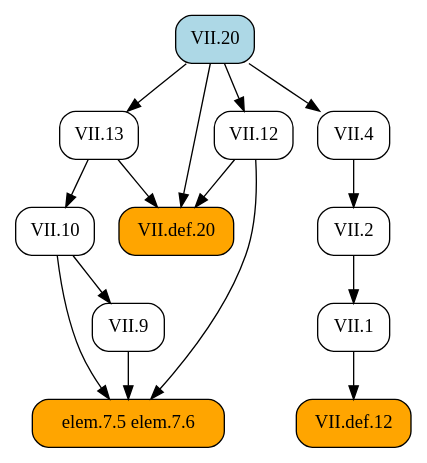
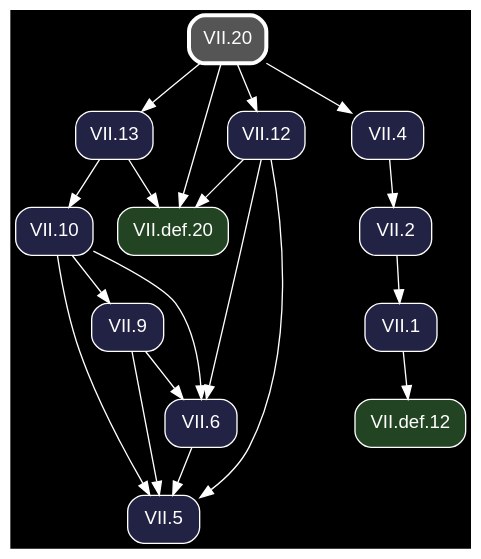
One commit to geometor/elements changed the diagram in docsrc/heath/VII/20/index.rst. Above: the diagram before and after it, drawn with Graphviz. The commit also changed other lines of this file and 1200 other files, not shown here.

Commit message:
update dependency graphs

```diff
--- a/docsrc/heath/VII/20/index.rst
+++ b/docsrc/heath/VII/20/index.rst
@@ -44,31 +44,38 @@
 .. graphviz::
 
    digraph {
+     bgcolor="black";
+     node [shape=box, style="rounded,filled", fontname="Helvetica", color="white", fontcolor="white"];
+     edge [color="white", fontcolor="white"];
      rankdir="TB";
-     node [shape=box, style=rounded];
-     "VII.13" [URL="/heath/VII/13/", target="_top"];
-     "VII.12" [URL="/heath/VII/12/", target="_top"];
-     "VII.4" [URL="/heath/VII/4/", target="_top"];
-     "elem.7.5 elem.7.6" [style="rounded,filled", fillcolor=orange];
-     "VII.def.12" [style="rounded,filled", fillcolor=orange, URL="/heath/VII/def.12/", target="_top"];
-     "VII.9" [URL="/heath/VII/9/", target="_top"];
-     "VII.1" [URL="/heath/VII/1/", target="_top"];
-     "VII.20" [style="rounded,filled", fillcolor=lightblue, URL="/heath/VII/20/", target="_top"];
-     "VII.2" [URL="/heath/VII/2/", target="_top"];
-     "VII.def.20" [style="rounded,filled", fillcolor=orange, URL="/heath/VII/def.20/", target="_top"];
-     "VII.10" [URL="/heath/VII/10/", target="_top"];
+     "VII.13" [fillcolor="#222244", URL="/heath/VII/13/", target="_top"];
+     "VII.10" [fillcolor="#222244", URL="/heath/VII/10/", target="_top"];
+     "VII.20" [penwidth=3, color="white", fillcolor="#555555", URL="/heath/VII/20/", target="_top"];
+     "VII.1" [fillcolor="#222244", URL="/heath/VII/1/", target="_top"];
+     "VII.4" [fillcolor="#222244", URL="/heath/VII/4/", target="_top"];
+     "VII.2" [fillcolor="#222244", URL="/heath/VII/2/", target="_top"];
+     "VII.def.12" [fillcolor="#224422", URL="/heath/VII/def.12/", target="_top"];
+     "VII.5" [fillcolor="#222244", URL="/heath/VII/5/", target="_top"];
+     "VII.def.20" [fillcolor="#224422", URL="/heath/VII/def.20/", target="_top"];
+     "VII.9" [fillcolor="#222244", URL="/heath/VII/9/", target="_top"];
+     "VII.12" [fillcolor="#222244", URL="/heath/VII/12/", target="_top"];
+     "VII.6" [fillcolor="#222244", URL="/heath/VII/6/", target="_top"];
      "VII.20" -> "VII.13";
-     "VII.20" -> "VII.12";
+     "VII.13" -> "VII.10";
+     "VII.2" -> "VII.1";
      "VII.20" -> "VII.4";
-     "VII.9" -> "elem.7.5 elem.7.6";
-     "VII.10" -> "elem.7.5 elem.7.6";
-     "VII.12" -> "elem.7.5 elem.7.6";
+     "VII.4" -> "VII.2";
      "VII.1" -> "VII.def.12";
-     "VII.10" -> "VII.9";
-     "VII.2" -> "VII.1";
-     "VII.4" -> "VII.2";
+     "VII.6" -> "VII.5";
+     "VII.9" -> "VII.5";
+     "VII.10" -> "VII.5";
+     "VII.12" -> "VII.5";
      "VII.12" -> "VII.def.20";
      "VII.13" -> "VII.def.20";
      "VII.20" -> "VII.def.20";
-     "VII.13" -> "VII.10";
+     "VII.10" -> "VII.9";
+     "VII.20" -> "VII.12";
+     "VII.9" -> "VII.6";
+     "VII.10" -> "VII.6";
+     "VII.12" -> "VII.6";
    }
```
